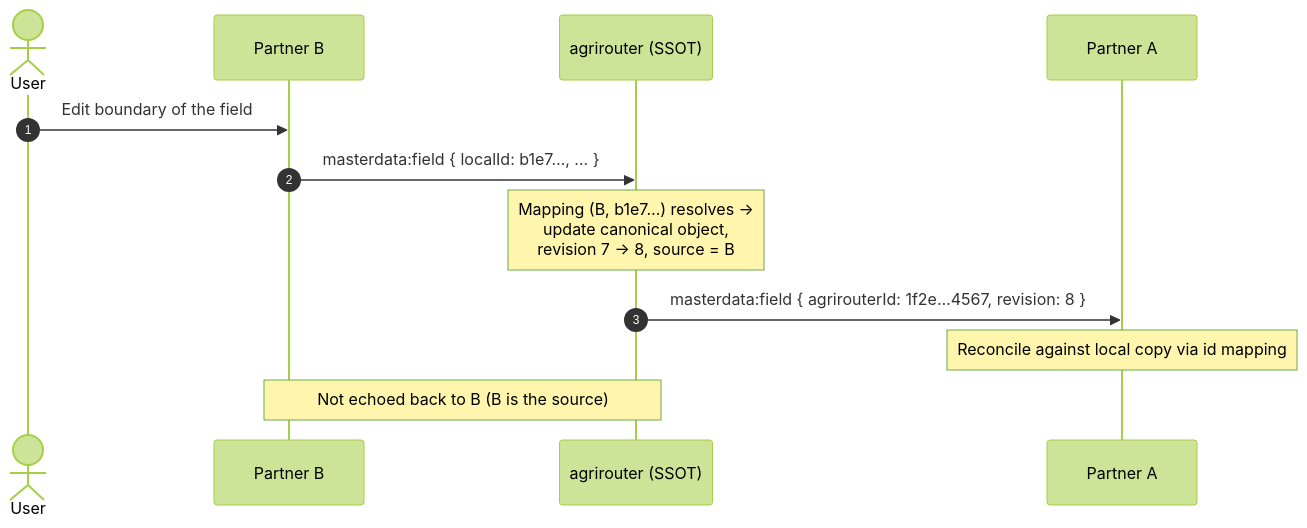
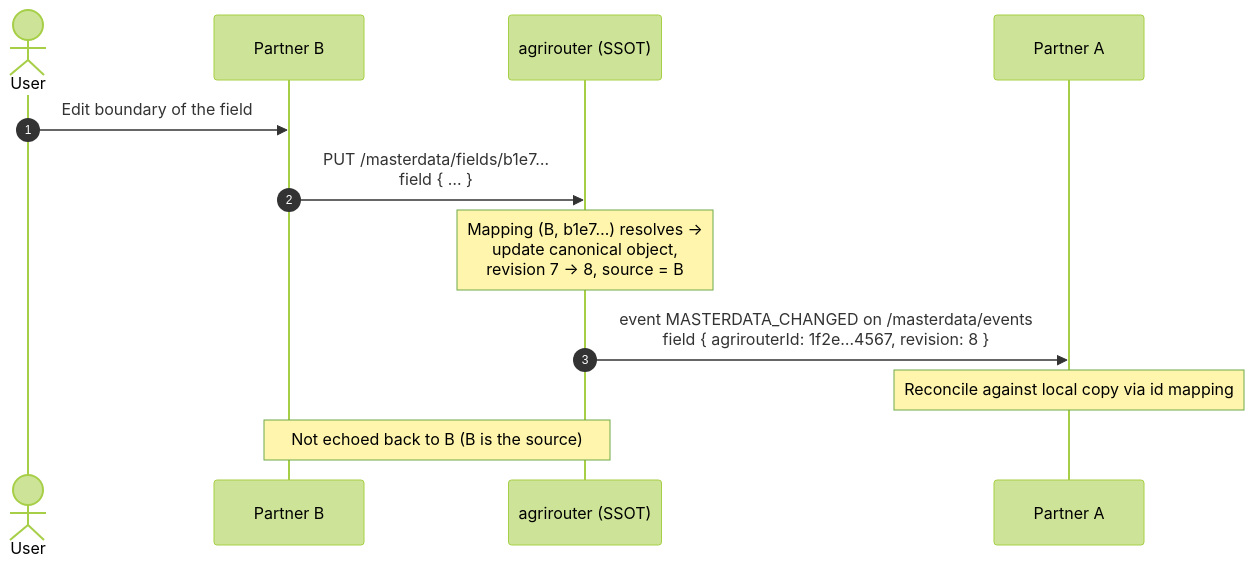
Before and after one commit to DKE-Data/masterdata-sync-working-group: the third of 3 diagrams in architecture/01-reference-architecture.md, drawn with Mermaid (forest theme). The commit also changed other lines of this file and 4 other files, not shown here.

````diff
--- a/architecture/01-reference-architecture.md
+++ b/architecture/01-reference-architecture.md
@@ -209,15 +209,15 @@
 ```mermaid
 sequenceDiagram
     autonumber
     actor U as User
     participant B as Partner B
     participant AR as agrirouter (SSOT)
     participant A as Partner A
 
     U->>B: Edit boundary of the field
-    B->>AR: masterdata:field { localId: b1e7…, … }
+    B->>AR: PUT /masterdata/fields/b1e7…<br/>field { … }
     Note over AR: Mapping (B, b1e7…) resolves →<br/>update canonical object,<br/>revision 7 → 8, source = B
-    AR->>A: masterdata:field { agrirouterId: 1f2e…4567, revision: 8 }
+    AR->>A: event MASTERDATA_CHANGED on /masterdata/events<br/>field { agrirouterId: 1f2e…4567, revision: 8 }
     Note over A: Reconcile against local copy via id mapping
     Note over AR,B: Not echoed back to B (B is the source)
 ```
````
